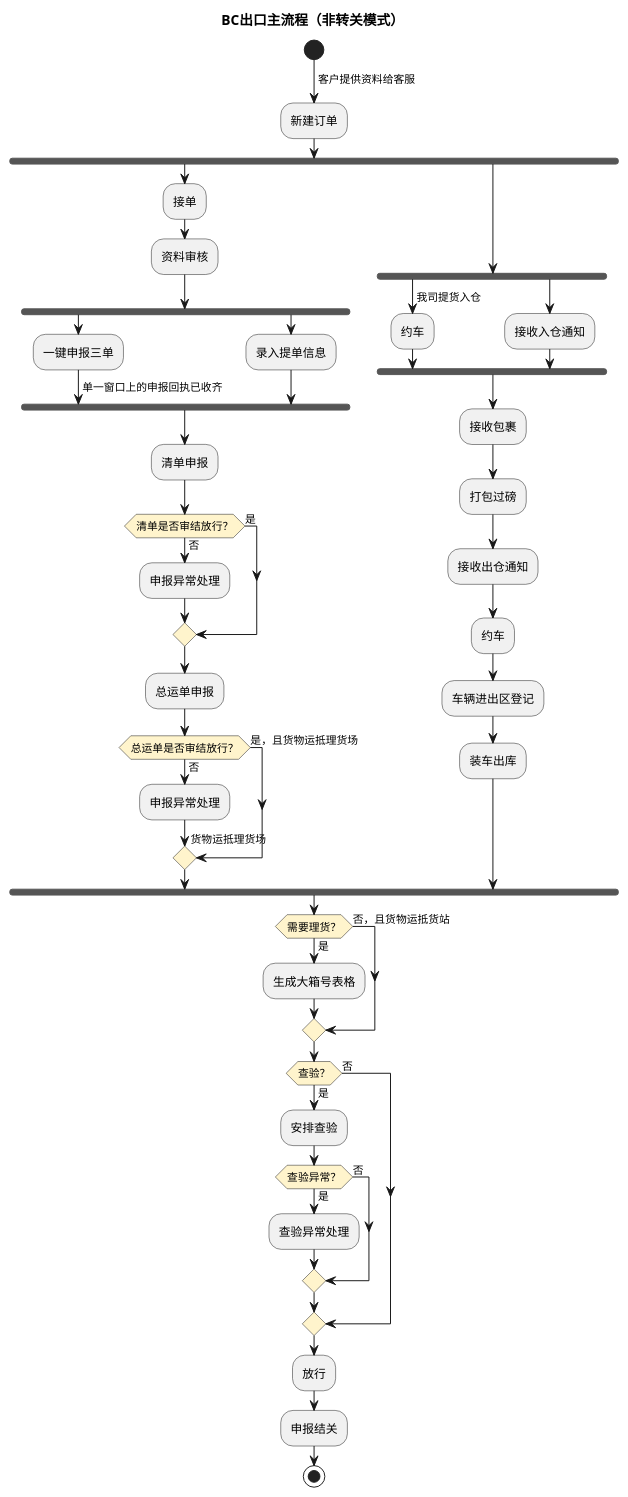
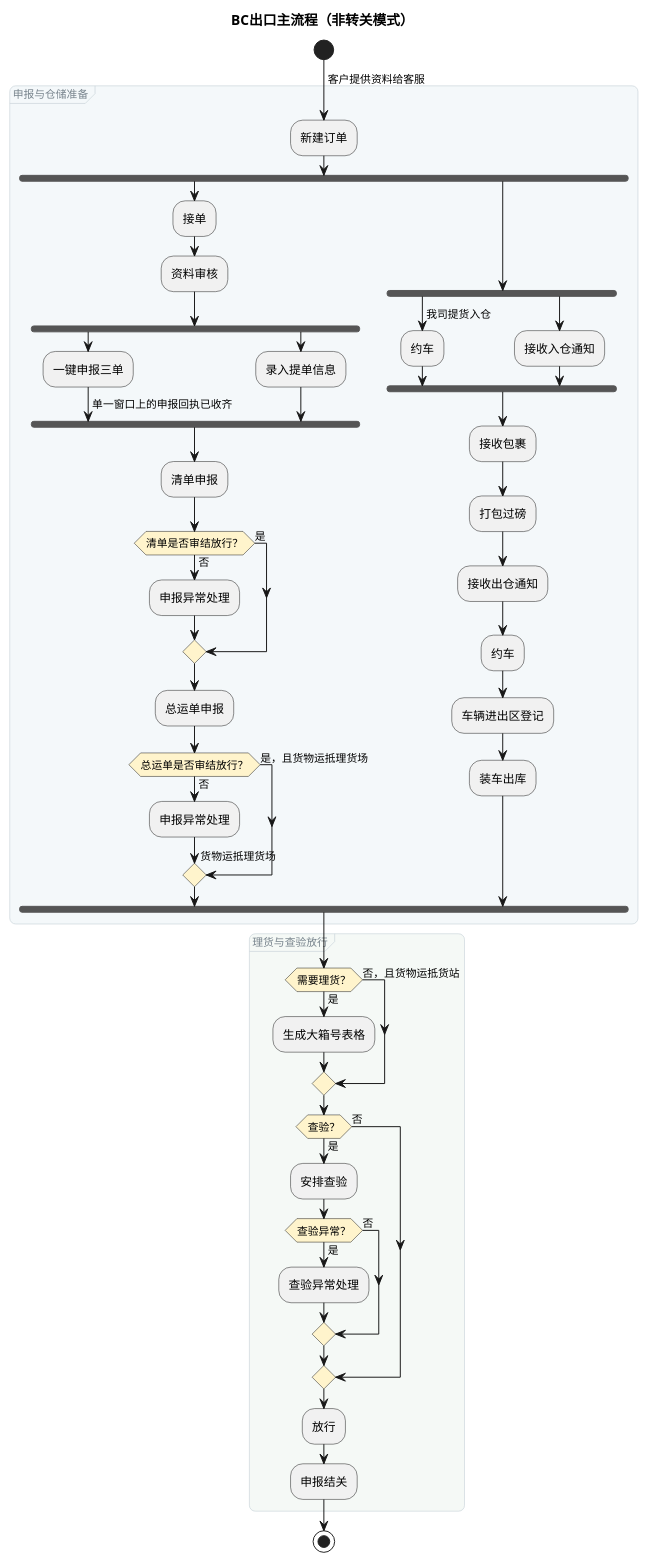
Before and after one commit to jack888332/projects-doc: the fourth of 5 diagrams in product-caliber/goldjet/segmented-prd/mainflow/PRD.高捷物流系统一期.主流程.04.跨境电商BC出口关务详细流程.md, drawn with PlantUML. The commit also changed other lines of this file and 16 other files, not shown here.

Commit message:
给DSL图分组

````diff
--- a/product-caliber/goldjet/segmented-prd/mainflow/PRD.高捷物流系统一期.主流程.04.跨境电商BC出口关务详细流程.md
+++ b/product-caliber/goldjet/segmented-prd/mainflow/PRD.高捷物流系统一期.主流程.04.跨境电商BC出口关务详细流程.md
@@ -120,58 +138,74 @@
 ```plantuml
 @startuml
 skinparam activityDiamondBackgroundColor #FFF4CC
+<style>
+activityDiagram {
+  group {
+    LineColor #CAD5DA
+    LineThickness 0.7
+    RoundCorner 12
+    FontColor #78848D
+    FontSize 11
+    FontStyle plain
+  }
+}
+</style>
 title BC出口主流程（非转关模式）
 start
+group 申报与仓储准备 #F4F8FA {
 -> 客户提供资料给客服;
 :新建订单;
 fork
   :接单;
   :资料审核;
   fork
     :一键申报三单;
     -> 单一窗口上的申报回执已收齐;
   fork again
     :录入提单信息;
   end fork
   :清单申报;
   if (清单是否审结放行？) then (是)
   else (否)
     :申报异常处理;
   endif
   :总运单申报;
   if (总运单是否审结放行？) then (是，且货物运抵理货场)
   else (否)
     :申报异常处理;
     -> 货物运抵理货场;
   endif
 fork again
   fork
     -> 我司提货入仓;
     :约车;
   fork again
     :接收入仓通知;
   end fork
   :接收包裹;
   :打包过磅;
   :接收出仓通知;
   :约车;
   :车辆进出区登记;
   :装车出库;
 end fork
+}
+group 理货与查验放行 #F5F9F6 {
 if (需要理货？) then (是)
   :生成大箱号表格;
 else (否，且货物运抵货站)
 endif
 if (查验？) then (是)
   :安排查验;
   if (查验异常？) then (是)
     :查验异常处理;
   else (否)
   endif
 else (否)
 endif
 :放行;
 :申报结关;
+}
 stop
 @enduml
 ```
````
